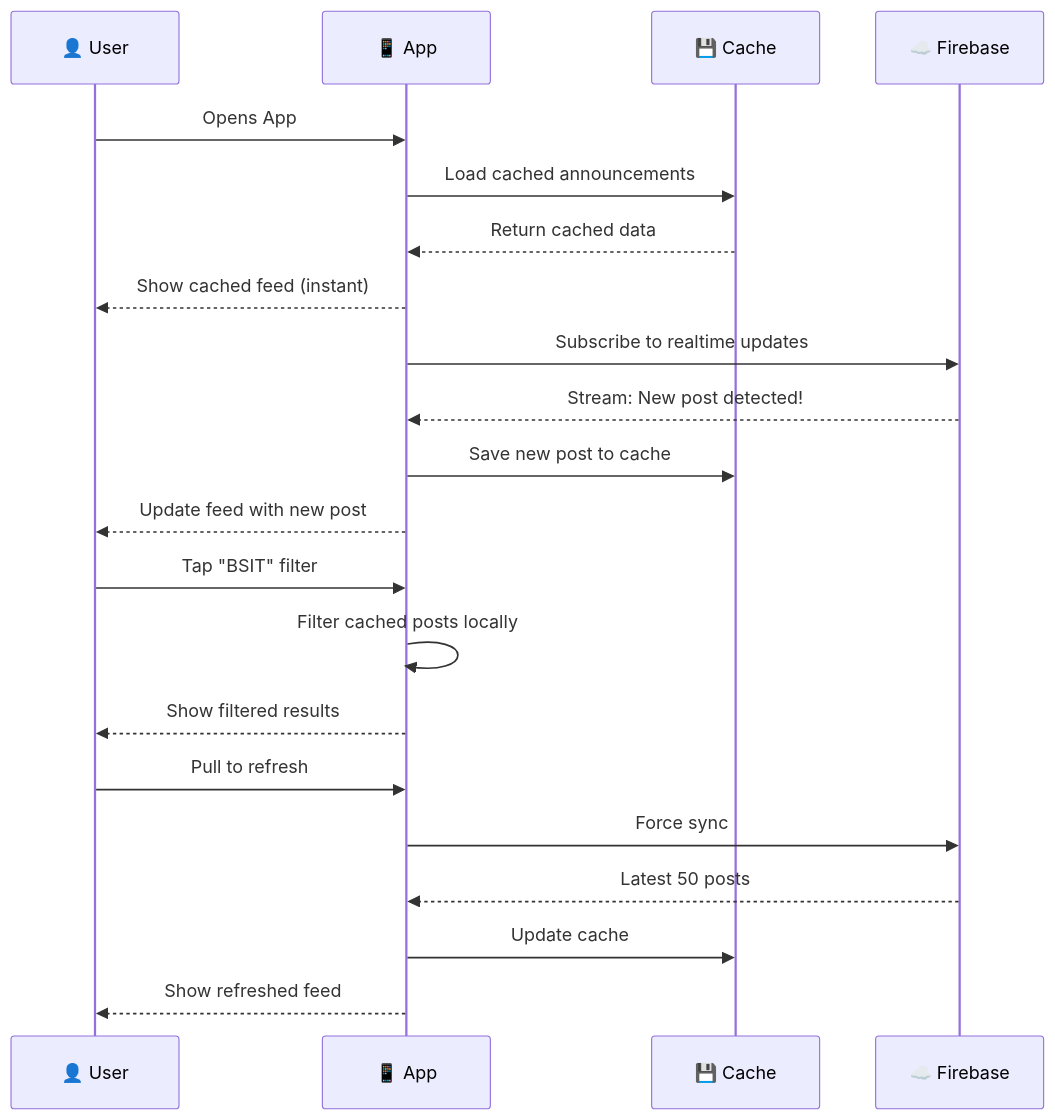
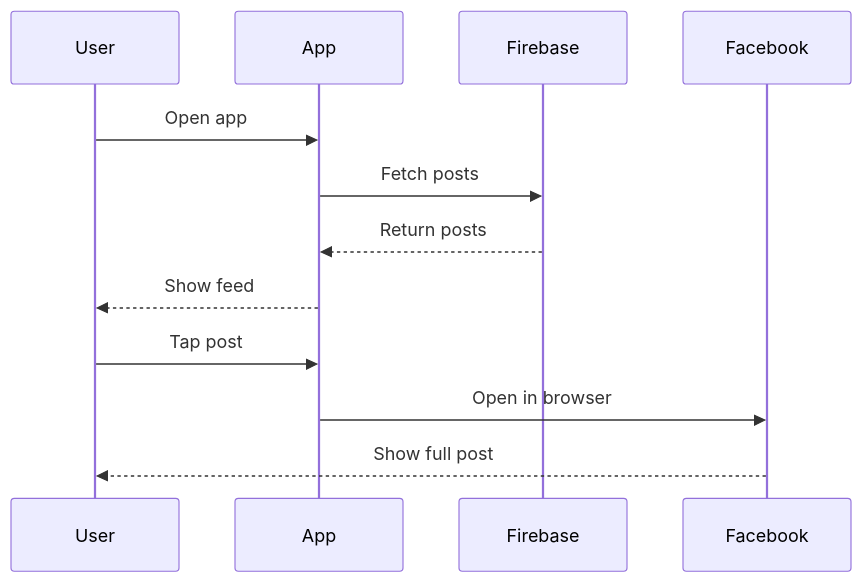
The seventh of 8 diagrams in QCU Unified Network.md (BrentFordVRemerata/Facebook-Scraper), drawn with Mermaid before and after one commit. The commit also changed other lines of this file and 5 other files, not shown here.

````diff
--- a/QCU Unified Network.md
+++ b/QCU Unified Network.md
@@ -362,27 +255,16 @@
 ```mermaid
 sequenceDiagram
-    participant U as 👤 User
-    participant A as 📱 App
-    participant C as 💾 Cache
-    participant F as ☁️ Firebase
+    participant U as User
+    participant A as App
+    participant F as Firebase
+    participant FB as Facebook
 
-    U->>A: Opens App
-    A->>C: Load cached announcements
-    C-->>A: Return cached data
-    A-->>U: Show cached feed (instant)
+    U->>A: Open app
+    A->>F: Fetch posts
+    F-->>A: Return posts
+    A-->>U: Show feed
     
-    A->>F: Subscribe to realtime updates
-    F-->>A: Stream: New post detected!
-    A->>C: Save new post to cache
-    A-->>U: Update feed with new post
-    
-    U->>A: Tap "BSIT" filter
-    A->>A: Filter cached posts locally
-    A-->>U: Show filtered results
-    
-    U->>A: Pull to refresh
-    A->>F: Force sync
-    F-->>A: Latest 50 posts
-    A->>C: Update cache
-    A-->>U: Show refreshed feed
+    U->>A: Tap post
+    A->>FB: Open in browser
+    FB-->>U: Show full post
 ```
````
